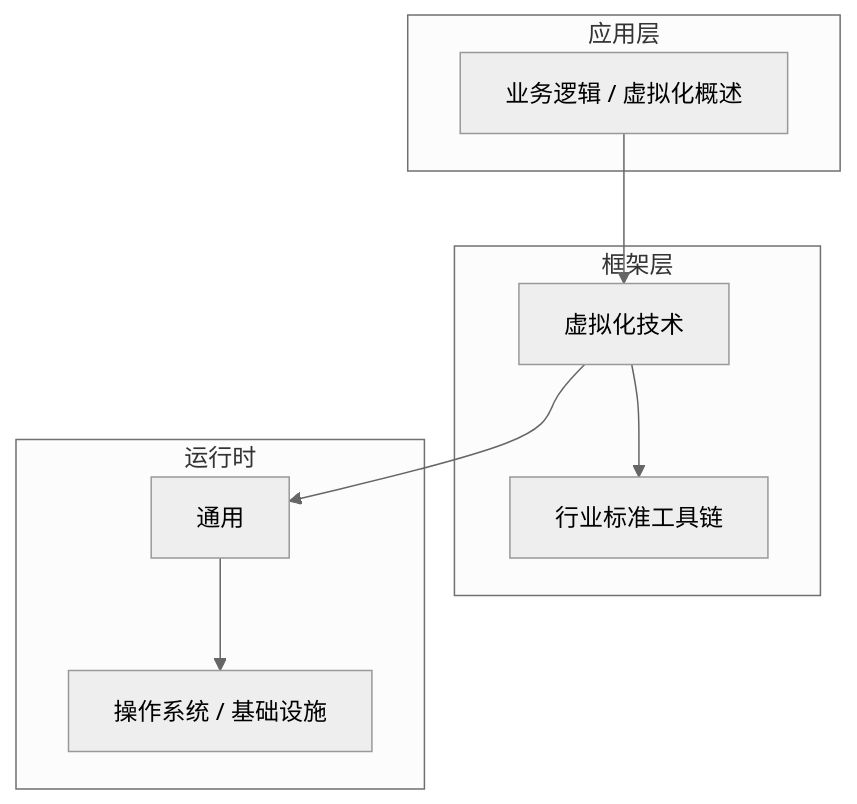
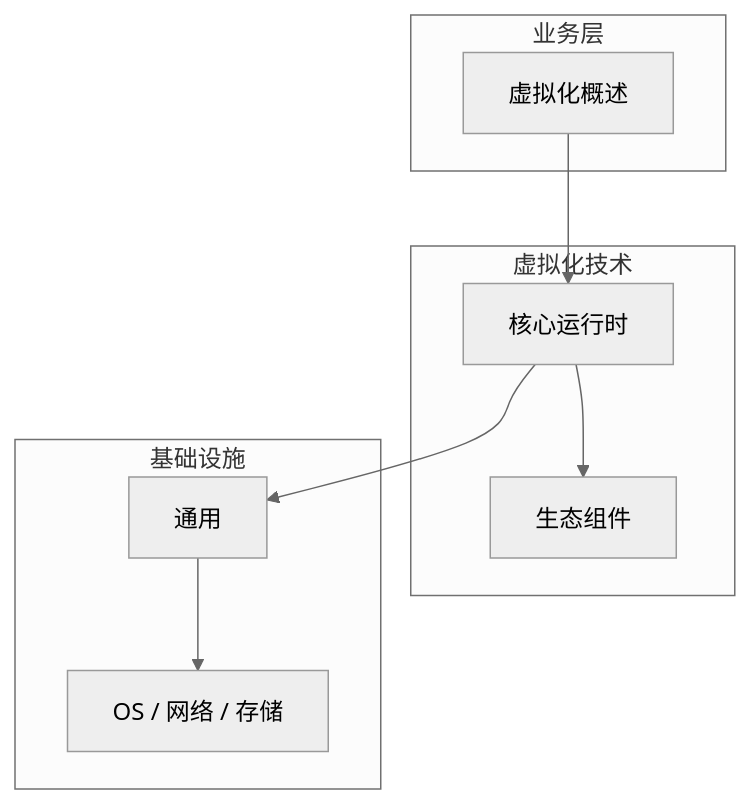
Before and after one commit to yanggan2015/knowledge-json-v2: the diagram in articles/虚拟化技术/chapters/001-虚拟化概述核心概念与原理.md, drawn with Mermaid (neutral theme). The commit also changed other lines of this file and 10127 other files, not shown here.

````diff
--- a/articles/虚拟化技术/chapters/001-虚拟化概述核心概念与原理.md
+++ b/articles/虚拟化技术/chapters/001-虚拟化概述核心概念与原理.md
@@ -45,18 +34,18 @@
 ```mermaid
 graph TB
-    subgraph 应用层
-        A[业务逻辑 / 虚拟化概述]
+    subgraph 业务层
+        A[虚拟化概述]
     end
-    subgraph 框架层
-        B[虚拟化技术]
-        C[行业标准工具链]
+    subgraph 虚拟化技术
+        B[核心运行时]
+        C[生态组件]
     end
-    subgraph 运行时
+    subgraph 基础设施
         D[通用]
-        E[操作系统 / 基础设施]
+        E[OS / 网络 / 存储]
     end
     A --> B
     B --> C
     B --> D
     D --> E
 ```
````
